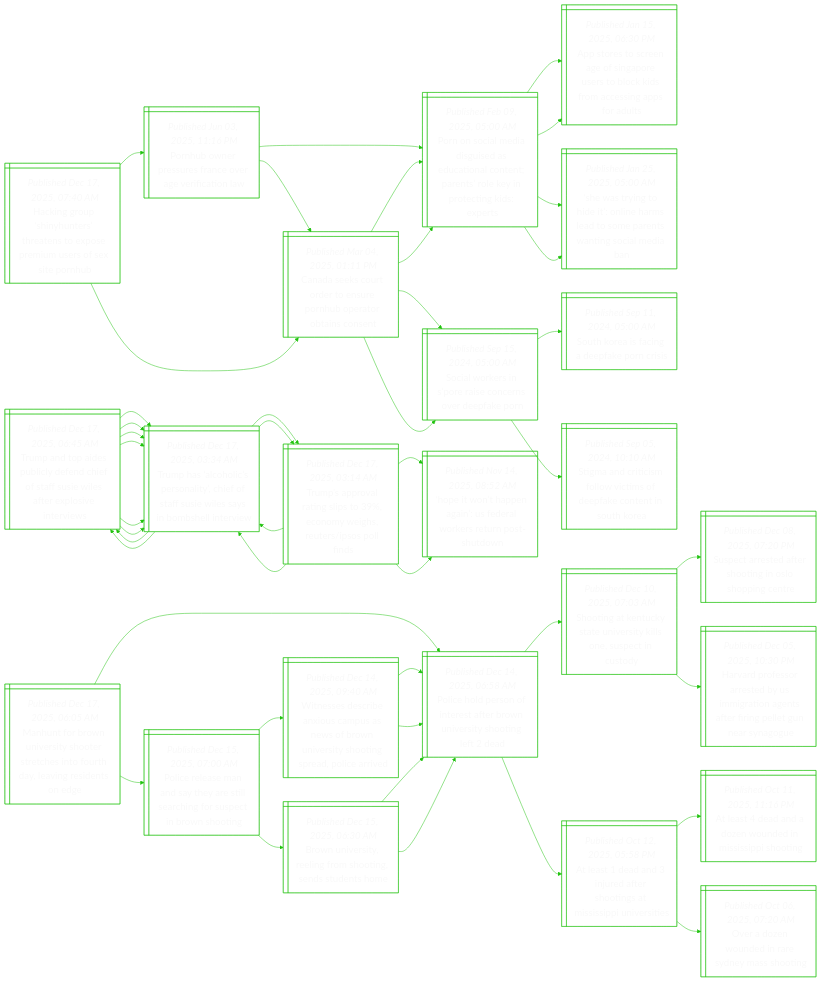
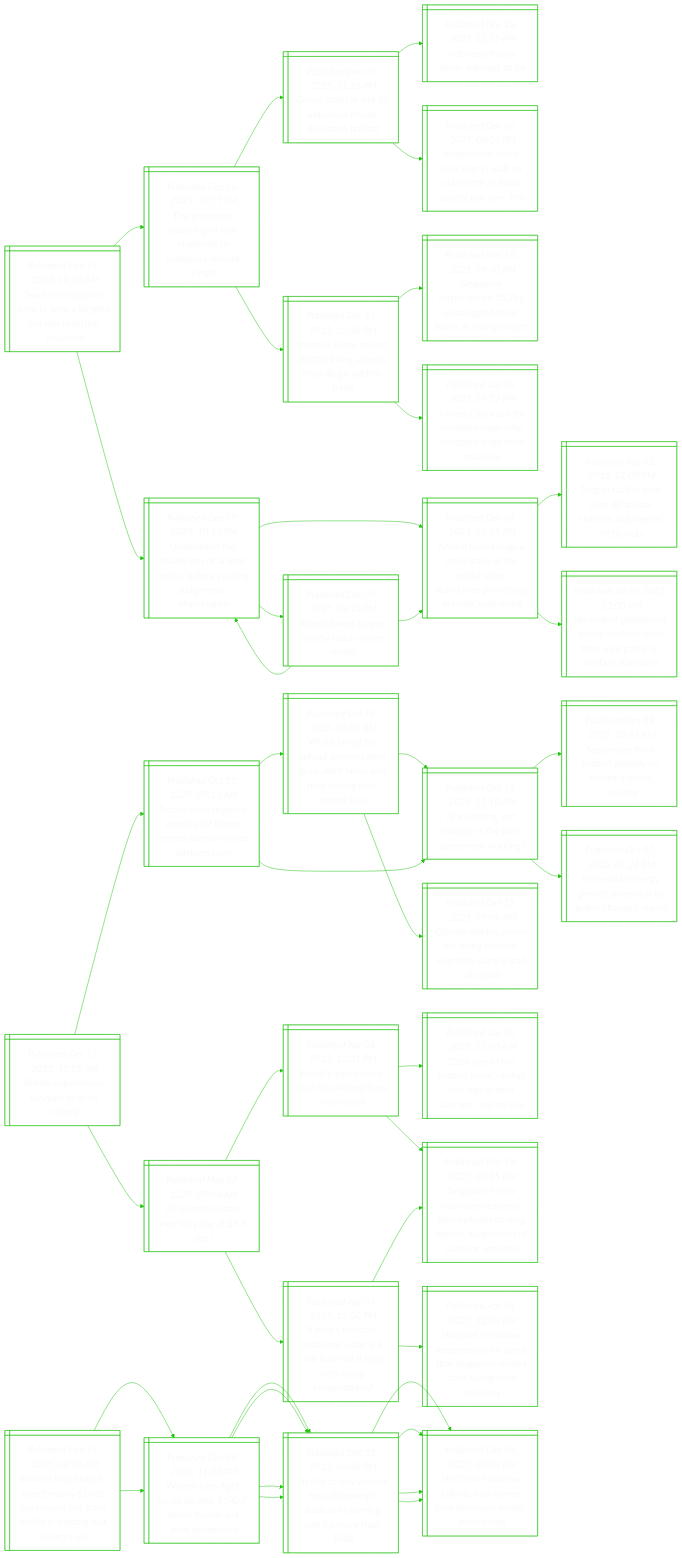
One commit to notJmes/notJmes changed the diagram in README.md. Above: the diagram before and after it, drawn with Mermaid. The commit also changed other lines of this file, not shown here.

````diff
--- a/README.md
+++ b/README.md
@@ -16,142 +16,130 @@
 flowchart LR
 classDef txtsize font-size:20px;
 
-Hnuntheeeiestn@{ shape: win-pane, label: "_Published Dec 17, 2025, 07:40 AM_
-Hacking group ‘shinyhunters’ threatens to expose premium users of sex site pornhub" }
-Puesscrecn@{ shape: win-pane, label: "_Published Jun 03, 2025, 11:16 PM_
-Pornhub owner pressures france over age verification law" }
-Pnaigduootnlitnsr@{ shape: win-pane, label: "_Published Feb 09, 2025, 05:00 AM_
-Porn on social media disguised as educational content; parents’ role key in protecting kids: experts" }
-Aooeogesodmsaol@{ shape: win-pane, label: "_Published Jan 15, 2025, 06:30 PM_
-App stores to screen age of singapore users to block kids from accessing apps for adults" }
-SsniOestennsla@{ shape: win-pane, label: "_Published Jan 25, 2025, 05:00 AM_
-‘she was trying to hide it’: online harms lead to some parents wanting social media ban" }
-Castrsobabse@{ shape: win-pane, label: "_Published Mar 04, 2025, 01:11 PM_
-Canada seeks court order to ensure pornhub operator obtains consent" }
-SleSrcrepp@{ shape: win-pane, label: "_Published Sep 15, 2024, 05:00 AM_
-Social workers in s’pore raise concerns over deepfake porn" }
-Pnaigduootnlitnsr@{ shape: win-pane, label: "_Published Feb 09, 2025, 05:00 AM_
-Porn on social media disguised as educational content; parents’ role key in protecting kids: experts" }
-Castrsobabse@{ shape: win-pane, label: "_Published Mar 04, 2025, 01:11 PM_
-Canada seeks court order to ensure pornhub operator obtains consent" }
-SleSrcrepp@{ shape: win-pane, label: "_Published Sep 15, 2024, 05:00 AM_
-Social workers in s’pore raise concerns over deepfake porn" }
-SKiiekni@{ shape: win-pane, label: "_Published Sep 11, 2024, 05:00 AM_
-South korea is facing a deepfake porn crisis" }
-SariliseeeSK@{ shape: win-pane, label: "_Published Sep 05, 2024, 10:10 AM_
-Stigma and criticism follow victims of deepfake content in south korea" }
-Pnaigduootnlitnsr@{ shape: win-pane, label: "_Published Feb 09, 2025, 05:00 AM_
-Porn on social media disguised as educational content; parents’ role key in protecting kids: experts" }
-Aooeogesodmsaol@{ shape: win-pane, label: "_Published Jan 15, 2025, 06:30 PM_
-App stores to screen age of singapore users to block kids from accessing apps for adults" }
-SsniOestennsla@{ shape: win-pane, label: "_Published Jan 25, 2025, 05:00 AM_
-‘she was trying to hide it’: online harms lead to some parents wanting social media ban" }
+TagttegeniCb@{ shape: win-pane, label: "_Published Dec 17, 2025, 10:30 AM_
+Team races against time to save a tangled sea lion in british columbia" }
+Tuehfeanyrel@{ shape: win-pane, label: "_Published Dec 16, 2025, 01:55 PM_
+The gruesome poaching of rare elephants in malaysia’s remote jungle" }
+Ouakdiovti@{ shape: win-pane, label: "_Published Dec 09, 2025, 01:26 PM_
+Orang utans at risk as indonesia floods devastate habitat" }
+Ieldtio@{ shape: win-pane, label: "_Published Nov 28, 2025, 12:35 PM_
+Indonesia floods death toll rises to 84" }
+Iesblntceoaie@{ shape: win-pane, label: "_Published Dec 06, 2025, 06:06 PM_
+Indonesians climb over logs in walk to aid centre as flood deaths rise over 900" }
+Ipielgaoeifd@{ shape: win-pane, label: "_Published Dec 11, 2025, 02:40 PM_
+Interpol seizes record 30,000 living animals from illegal wildlife trade" }
+SperdslirCio@{ shape: win-pane, label: "_Published Nov 18, 2025, 04:00 PM_
+Singapore seizes record 35.7kg of smuggled rhino horns at changi airport" }
+wjariuhgdrla@{ shape: win-pane, label: "_Published Jun 05, 2025, 09:27 PM_
+3 weeks’ jail each for married couple who smuggled dogs from malaysia" }
+Ustagaluosjehg@{ shape: win-pane, label: "_Published Dec 09, 2025, 10:15 PM_
+Understand the challenges of animal rescue before passing judgments: shanmugam" }
+AlrgsaTiouipinmei@{ shape: win-pane, label: "_Published Dec 08, 2025, 03:35 PM_
+Animal lovers league loses lease at the animal lodge; authorities prioritising animals’ well-being" }
+Thliemesnsys@{ shape: win-pane, label: "_Published Aug 02, 2025, 12:00 PM_
+Tengah facility with over 40 animal shelters, businesses hit by ticks" }
+Nfuinseaenslsa@{ shape: win-pane, label: "_Published Jul 20, 2025, 12:00 PM_
+No unified guidelines? animal shelters chart their own paths on welfare standards" }
+Alrgassre@{ shape: win-pane, label: "_Published Dec 09, 2025, 08:10 PM_
+Animal lovers league charity status under probe" }
+AlrgsaTiouipinmei@{ shape: win-pane, label: "_Published Dec 08, 2025, 03:35 PM_
+Animal lovers league loses lease at the animal lodge; authorities prioritising animals’ well-being" }
+Ustagaluosjehg@{ shape: win-pane, label: "_Published Dec 09, 2025, 10:15 PM_
+Understand the challenges of animal rescue before passing judgments: shanmugam" }
 
-Hnuntheeeiestn:::txtsize --> Puesscrecn:::txtsize
-Puesscrecn:::txtsize --> Pnaigduootnlitnsr:::txtsize
-Pnaigduootnlitnsr:::txtsize --> Aooeogesodmsaol:::txtsize
-Pnaigduootnlitnsr:::txtsize --> SsniOestennsla:::txtsize
-Puesscrecn:::txtsize --> Castrsobabse:::txtsize
-Castrsobabse:::txtsize --> SleSrcrepp:::txtsize
-Castrsobabse:::txtsize --> Pnaigduootnlitnsr:::txtsize
-Hnuntheeeiestn:::txtsize --> Castrsobabse:::txtsize
-Castrsobabse:::txtsize --> SleSrcrepp:::txtsize
-SleSrcrepp:::txtsize --> SKiiekni:::txtsize
-SleSrcrepp:::txtsize --> SariliseeeSK:::txtsize
-Castrsobabse:::txtsize --> Pnaigduootnlitnsr:::txtsize
-Pnaigduootnlitnsr:::txtsize --> Aooeogesodmsaol:::txtsize
-Pnaigduootnlitnsr:::txtsize --> SsniOestennsla:::txtsize
+TagttegeniCb:::txtsize --> Tuehfeanyrel:::txtsize
+Tuehfeanyrel:::txtsize --> Ouakdiovti:::txtsize
+Ouakdiovti:::txtsize --> Ieldtio:::txtsize
+Ouakdiovti:::txtsize --> Iesblntceoaie:::txtsize
+Tuehfeanyrel:::txtsize --> Ipielgaoeifd:::txtsize
+Ipielgaoeifd:::txtsize --> SperdslirCio:::txtsize
+Ipielgaoeifd:::txtsize --> wjariuhgdrla:::txtsize
+TagttegeniCb:::txtsize --> Ustagaluosjehg:::txtsize
+Ustagaluosjehg:::txtsize --> AlrgsaTiouipinmei:::txtsize
+AlrgsaTiouipinmei:::txtsize --> Thliemesnsys:::txtsize
+AlrgsaTiouipinmei:::txtsize --> Nfuinseaenslsa:::txtsize
+Ustagaluosjehg:::txtsize --> Alrgassre:::txtsize
+Alrgassre:::txtsize --> AlrgsaTiouipinmei:::txtsize
+Alrgassre:::txtsize --> Ustagaluosjehg:::txtsize
 
-Tapsiecofieelers@{ shape: win-pane, label: "_Published Dec 17, 2025, 06:45 AM_
-Trump and top aides publicly defend chief of staff susie wiles after explosive interviews" }
-Thcirlhffesiblr@{ shape: win-pane, label: "_Published Dec 17, 2025, 03:34 AM_
-Trump has ‘alcoholic’s personality’, chief of staff susie wiles says in bombshell interview" }
-Tapsiecofieelers@{ shape: win-pane, label: "_Published Dec 17, 2025, 06:45 AM_
-Trump and top aides publicly defend chief of staff susie wiles after explosive interviews" }
-Thcirlhffesiblr@{ shape: win-pane, label: "_Published Dec 17, 2025, 03:34 AM_
-Trump has ‘alcoholic’s personality’, chief of staff susie wiles says in bombshell interview" }
-Thcirlhffesiblr@{ shape: win-pane, label: "_Published Dec 17, 2025, 03:34 AM_
-Trump has ‘alcoholic’s personality’, chief of staff susie wiles says in bombshell interview" }
-TsoastneRrols@{ shape: win-pane, label: "_Published Dec 17, 2025, 03:14 AM_
-Trump’s approval rating slips to 39%, economy weighs, reuters/ipsos poll finds" }
-Hthnndwrust@{ shape: win-pane, label: "_Published Nov 14, 2025, 08:52 AM_
-‘hope it won’t happen again’: us federal workers return post-shutdown" }
-Thcirlhffesiblr@{ shape: win-pane, label: "_Published Dec 17, 2025, 03:34 AM_
-Trump has ‘alcoholic’s personality’, chief of staff susie wiles says in bombshell interview" }
-Thcirlhffesiblr@{ shape: win-pane, label: "_Published Dec 17, 2025, 03:34 AM_
-Trump has ‘alcoholic’s personality’, chief of staff susie wiles says in bombshell interview" }
-Tapsiecofieelers@{ shape: win-pane, label: "_Published Dec 17, 2025, 06:45 AM_
-Trump and top aides publicly defend chief of staff susie wiles after explosive interviews" }
-Thcirlhffesiblr@{ shape: win-pane, label: "_Published Dec 17, 2025, 03:34 AM_
-Trump has ‘alcoholic’s personality’, chief of staff susie wiles says in bombshell interview" }
-Thcirlhffesiblr@{ shape: win-pane, label: "_Published Dec 17, 2025, 03:34 AM_
-Trump has ‘alcoholic’s personality’, chief of staff susie wiles says in bombshell interview" }
-TsoastneRrols@{ shape: win-pane, label: "_Published Dec 17, 2025, 03:14 AM_
-Trump’s approval rating slips to 39%, economy weighs, reuters/ipsos poll finds" }
-Hthnndwrust@{ shape: win-pane, label: "_Published Nov 14, 2025, 08:52 AM_
-‘hope it won’t happen again’: us federal workers return post-shutdown" }
-Thcirlhffesiblr@{ shape: win-pane, label: "_Published Dec 17, 2025, 03:34 AM_
-Trump has ‘alcoholic’s personality’, chief of staff susie wiles says in bombshell interview" }
+Biecntoo@{ shape: win-pane, label: "_Published Dec 17, 2025, 10:05 AM_
+Britain experiences sunniest year on record" }
+Bitnreotremdrn@{ shape: win-pane, label: "_Published Oct 15, 2025, 07:15 AM_
+Britain must urgently prepare for hotter temperatures, climate advisers warn" }
+Wfnbdrtoirdsisoy@{ shape: win-pane, label: "_Published Oct 14, 2025, 08:05 AM_
+World falling far behind deforestation goals, with farms and fires driving loss, report says" }
+Ntnosager@{ shape: win-pane, label: "_Published Oct 13, 2025, 11:10 AM_
+Not nothing, not enough: is the paris agreement working?" }
+Ctpoaiostwhf@{ shape: win-pane, label: "_Published Oct 13, 2025, 07:09 AM_
+Climate tipping points are being crossed, scientists warn ahead of cop30" }
+Ntnosager@{ shape: win-pane, label: "_Published Oct 13, 2025, 11:10 AM_
+Not nothing, not enough: is the paris agreement working?" }
+Smhotanrmor@{ shape: win-pane, label: "_Published Oct 09, 2025, 10:31 AM_
+September third-hottest globally on record: climate monitor" }
+Ranghsocne@{ shape: win-pane, label: "_Published Oct 07, 2025, 01:21 PM_
+Renewable energy growth slows due to policy changes: report" }
+UootMyg@{ shape: win-pane, label: "_Published May 02, 2025, 07:04 AM_
+Uk records hottest ever may day at 29.3 deg c" }
+WspatagsM@{ shape: win-pane, label: "_Published Apr 08, 2025, 12:31 PM_
+World’s ‘exceptional’ heat streak lengthens into march" }
+ottyrasharev@{ shape: win-pane, label: "_Published Jan 10, 2025, 11:00 AM_
+2024 one of the hottest years, rainfall also higher than average: met service" }
+Spnaeolcsiausfoti@{ shape: win-pane, label: "_Published Mar 19, 2025, 01:25 PM_
+Singapore’s new heatwave response plan includes cooling spaces, suspension of outdoor activities" }
+Ssusctawiprger@{ shape: win-pane, label: "_Published Apr 04, 2025, 12:00 PM_
+S’pore’s mercury taskforce: what is it and how will it help with rising temperatures?" }
+Spnaeolcsiausfoti@{ shape: win-pane, label: "_Published Mar 19, 2025, 01:25 PM_
+Singapore’s new heatwave response plan includes cooling spaces, suspension of outdoor activities" }
+Nnaeolitiootahes@{ shape: win-pane, label: "_Published Apr 04, 2025, 12:00 PM_
+National heatwave response plan a signal that singapore should start taking heat seriously" }
 
-Tapsiecofieelers:::txtsize --> Thcirlhffesiblr:::txtsize
-Thcirlhffesiblr:::txtsize --> Tapsiecofieelers:::txtsize
-Tapsiecofieelers:::txtsize --> Thcirlhffesiblr:::txtsize
-Tapsiecofieelers:::txtsize --> Thcirlhffesiblr:::txtsize
-Thcirlhffesiblr:::txtsize --> TsoastneRrols:::txtsize
-TsoastneRrols:::txtsize --> Hthnndwrust:::txtsize
-TsoastneRrols:::txtsize --> Thcirlhffesiblr:::txtsize
-Tapsiecofieelers:::txtsize --> Thcirlhffesiblr:::txtsize
-Thcirlhffesiblr:::txtsize --> Tapsiecofieelers:::txtsize
-Tapsiecofieelers:::txtsize --> Thcirlhffesiblr:::txtsize
-Tapsiecofieelers:::txtsize --> Thcirlhffesiblr:::txtsize
-Thcirlhffesiblr:::txtsize --> TsoastneRrols:::txtsize
-TsoastneRrols:::txtsize --> Hthnndwrust:::txtsize
-TsoastneRrols:::txtsize --> Thcirlhffesiblr:::txtsize
+Biecntoo:::txtsize --> Bitnreotremdrn:::txtsize
+Bitnreotremdrn:::txtsize --> Wfnbdrtoirdsisoy:::txtsize
+Wfnbdrtoirdsisoy:::txtsize --> Ntnosager:::txtsize
+Wfnbdrtoirdsisoy:::txtsize --> Ctpoaiostwhf:::txtsize
+Bitnreotremdrn:::txtsize --> Ntnosager:::txtsize
+Ntnosager:::txtsize --> Smhotanrmor:::txtsize
+Ntnosager:::txtsize --> Ranghsocne:::txtsize
+Biecntoo:::txtsize --> UootMyg:::txtsize
+UootMyg:::txtsize --> WspatagsM:::txtsize
+WspatagsM:::txtsize --> ottyrasharev:::txtsize
+WspatagsM:::txtsize --> Spnaeolcsiausfoti:::txtsize
+UootMyg:::txtsize --> Ssusctawiprger:::txtsize
+Ssusctawiprger:::txtsize --> Spnaeolcsiausfoti:::txtsize
+Ssusctawiprger:::txtsize --> Nnaeolitiootahes:::txtsize
 
-MnBUrseesfhegdoe@{ shape: win-pane, label: "_Published Dec 17, 2025, 06:05 AM_
-Manhunt for brown university shooter stretches into fourth day, leaving residents on edge" }
-Pepnttrneytea@{ shape: win-pane, label: "_Published Dec 14, 2025, 06:58 AM_
-Police hold person of interest after brown university shooting left 2 dead" }
-SiKcaiileecd@{ shape: win-pane, label: "_Published Dec 10, 2025, 07:03 AM_
-Shooting at kentucky state university kills one, suspect in custody" }
-SceasiOhnt@{ shape: win-pane, label: "_Published Dec 08, 2025, 07:20 PM_
-Suspect arrested after shooting in oslo shopping centre" }
-Hrfrsymtgafgenyg@{ shape: win-pane, label: "_Published Dec 05, 2025, 10:30 PM_
-Harvard professor arrested by us immigration agents after firing pellet gun near synagogue" }
-Asdndrtaspii@{ shape: win-pane, label: "_Published Oct 12, 2025, 05:58 PM_
-At least 1 dead and 3 injured after shootings at mississippi universities" }
-Asddweissi@{ shape: win-pane, label: "_Published Oct 11, 2025, 11:16 PM_
-At least 4 dead and a dozen wounded in mississippi shooting" }
-Odweadaog@{ shape: win-pane, label: "_Published Oct 06, 2025, 07:20 AM_
-Over a dozen wounded in rare sydney mass shooting" }
-PeanayteireBsi@{ shape: win-pane, label: "_Published Dec 15, 2025, 07:00 AM_
-Police release man and say they are still searching for suspect in brown shooting" }
-Wsebiaasoiiogair@{ shape: win-pane, label: "_Published Dec 14, 2025, 09:40 AM_
-Witnesses describe anxious campus as news of brown university shooting spread, police arrived" }
-Pepnttrneytea@{ shape: win-pane, label: "_Published Dec 14, 2025, 06:58 AM_
-Police hold person of interest after brown university shooting left 2 dead" }
-Pepnttrneytea@{ shape: win-pane, label: "_Published Dec 14, 2025, 06:58 AM_
-Police hold person of interest after brown university shooting left 2 dead" }
-BUrrnmtette@{ shape: win-pane, label: "_Published Dec 15, 2025, 06:30 AM_
-Brown university, reeling from shooting, sends students home" }
-Pepnttrneytea@{ shape: win-pane, label: "_Published Dec 14, 2025, 06:58 AM_
-Police hold person of interest after brown university shooting left 2 dead" }
-Pepnttrneytea@{ shape: win-pane, label: "_Published Dec 14, 2025, 06:58 AM_
-Police hold person of interest after brown university shooting left 2 dead" }
+Wrlyjebmbcfnircy@{ shape: win-pane, label: "_Published Dec 17, 2025, 08:40 AM_
+Warner bros likely to reject nearly $140b paramount bid, back netflix in bidding war, sources say" }
+Wrfhuhisboat@{ shape: win-pane, label: "_Published Dec 08, 2025, 11:30 PM_
+Warner bros fight heats up with $140.7 billion hostile bid from paramount" }
+Niunocydtiimh@{ shape: win-pane, label: "_Published Dec 05, 2025, 08:40 PM_
+Netflix to buy warner bros discovery’s studios, streaming unit for more than $93b" }
+Nixilbrrsreua@{ shape: win-pane, label: "_Published Dec 05, 2025, 02:40 PM_
+Netflix in exclusive talks to buy warner bros discovery assets, source says" }
+Niunocydtiimh@{ shape: win-pane, label: "_Published Dec 05, 2025, 08:40 PM_
+Netflix to buy warner bros discovery’s studios, streaming unit for more than $93b" }
+Nixilbrrsreua@{ shape: win-pane, label: "_Published Dec 05, 2025, 02:40 PM_
+Netflix in exclusive talks to buy warner bros discovery assets, source says" }
+Wrfhuhisboat@{ shape: win-pane, label: "_Published Dec 08, 2025, 11:30 PM_
+Warner bros fight heats up with $140.7 billion hostile bid from paramount" }
+Niunocydtiimh@{ shape: win-pane, label: "_Published Dec 05, 2025, 08:40 PM_
+Netflix to buy warner bros discovery’s studios, streaming unit for more than $93b" }
+Nixilbrrsreua@{ shape: win-pane, label: "_Published Dec 05, 2025, 02:40 PM_
+Netflix in exclusive talks to buy warner bros discovery assets, source says" }
+Niunocydtiimh@{ shape: win-pane, label: "_Published Dec 05, 2025, 08:40 PM_
+Netflix to buy warner bros discovery’s studios, streaming unit for more than $93b" }
+Nixilbrrsreua@{ shape: win-pane, label: "_Published Dec 05, 2025, 02:40 PM_
+Netflix in exclusive talks to buy warner bros discovery assets, source says" }
 
-MnBUrseesfhegdoe:::txtsize --> Pepnttrneytea:::txtsize
-Pepnttrneytea:::txtsize --> SiKcaiileecd:::txtsize
-SiKcaiileecd:::txtsize --> SceasiOhnt:::txtsize
-SiKcaiileecd:::txtsize --> Hrfrsymtgafgenyg:::txtsize
-Pepnttrneytea:::txtsize --> Asdndrtaspii:::txtsize
-Asdndrtaspii:::txtsize --> Asddweissi:::txtsize
-Asdndrtaspii:::txtsize --> Odweadaog:::txtsize
-MnBUrseesfhegdoe:::txtsize --> PeanayteireBsi:::txtsize
-PeanayteireBsi:::txtsize --> Wsebiaasoiiogair:::txtsize
-Wsebiaasoiiogair:::txtsize --> Pepnttrneytea:::txtsize
-Wsebiaasoiiogair:::txtsize --> Pepnttrneytea:::txtsize
-PeanayteireBsi:::txtsize --> BUrrnmtette:::txtsize
-BUrrnmtette:::txtsize --> Pepnttrneytea:::txtsize
-BUrrnmtette:::txtsize --> Pepnttrneytea:::txtsize
+Wrlyjebmbcfnircy:::txtsize --> Wrfhuhisboat:::txtsize
+Wrfhuhisboat:::txtsize --> Niunocydtiimh:::txtsize
+Niunocydtiimh:::txtsize --> Nixilbrrsreua:::txtsize
+Wrfhuhisboat:::txtsize --> Niunocydtiimh:::txtsize
+Niunocydtiimh:::txtsize --> Nixilbrrsreua:::txtsize
+Wrlyjebmbcfnircy:::txtsize --> Wrfhuhisboat:::txtsize
+Wrfhuhisboat:::txtsize --> Niunocydtiimh:::txtsize
+Niunocydtiimh:::txtsize --> Nixilbrrsreua:::txtsize
+Wrfhuhisboat:::txtsize --> Niunocydtiimh:::txtsize
+Niunocydtiimh:::txtsize --> Nixilbrrsreua:::txtsize
 
 ```
````
